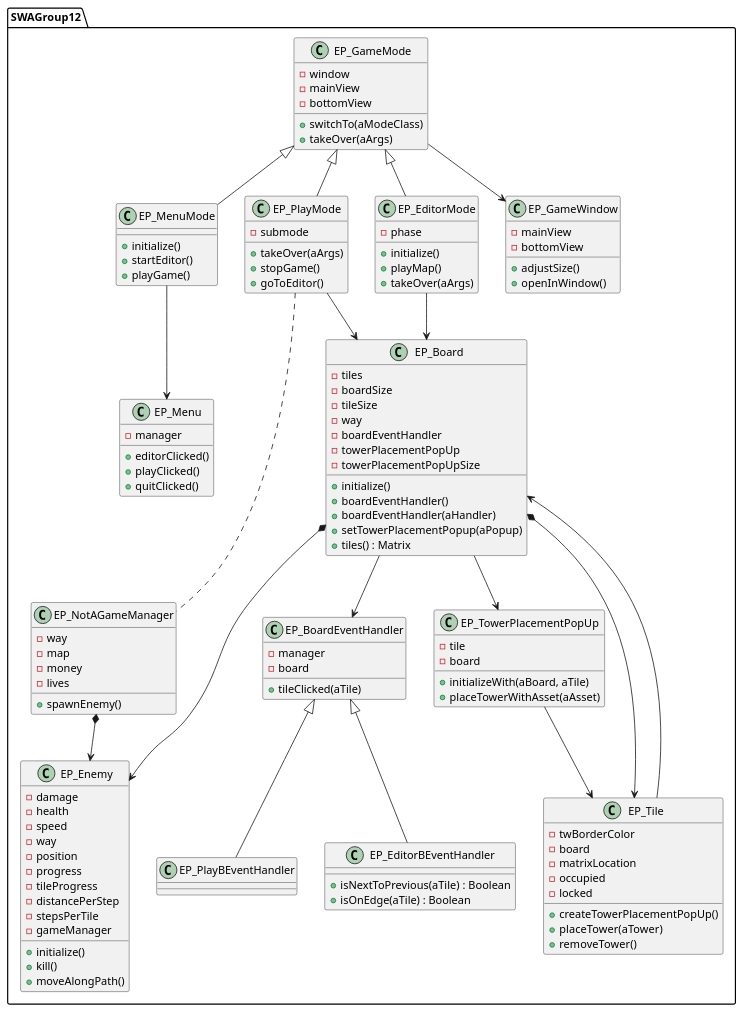
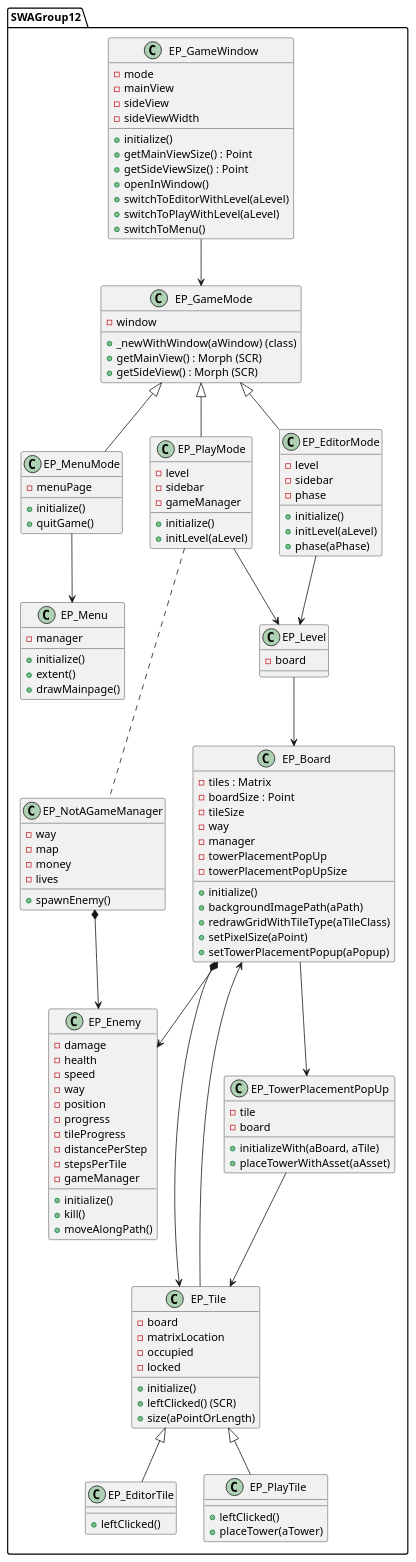
One commit to tobiashornbogen/swa_misc changed the diagram in diagram.puml. Above: the diagram before and after it, drawn with PlantUML.

Commit message:
Adjusted UML to simplified_architecture branch commit 5b62c94

```diff
--- a/diagram.puml
+++ b/diagram.puml
@@ -1,139 +1,146 @@
 @startuml
 
 package SWAGroup12 {
 
 
     class EP_Board {
-        -tiles
-        -boardSize
+        -tiles : Matrix
+        -boardSize : Point
         -tileSize
         -way
-        -boardEventHandler
+        -manager
         -towerPlacementPopUp
         -towerPlacementPopUpSize
         +initialize()
-        +boardEventHandler()
-        +boardEventHandler(aHandler)
+        +backgroundImagePath(aPath)
+        +redrawGridWithTileType(aTileClass)
+        +setPixelSize(aPoint)
         +setTowerPlacementPopup(aPopup)
-        +tiles() : Matrix
     }
 
     class EP_Tile {
-        -twBorderColor
         -board
         -matrixLocation
         -occupied
         -locked
-        +createTowerPlacementPopUp()
+        +initialize()
+        +leftClicked() (SCR)
+        +size(aPointOrLength)
+    }
+
+    class EP_EditorTile {
+        +leftClicked()
+    }
+    class EP_PlayTile {
+        +leftClicked()
         +placeTower(aTower)
-        +removeTower()
     }
 
     class EP_Enemy {
         -damage
         -health
         -speed
         -way
         -position
         -progress
         -tileProgress
         -distancePerStep
         -stepsPerTile
         -gameManager
         +initialize()
         +kill()
         +moveAlongPath()
     }
 
-    class EP_BoardEventHandler {
-        -manager
-        -board
-        +tileClicked(aTile)
-    }
-
-    class EP_EditorBEventHandler {
-        +isNextToPrevious(aTile) : Boolean
-        +isOnEdge(aTile) : Boolean
-    }
-
-    class EP_PlayBEventHandler {
-    }
-
     class EP_TowerPlacementPopUp {
         -tile
         -board
         +initializeWith(aBoard, aTile)
         +placeTowerWithAsset(aAsset)
     }
 
     class EP_GameMode {
         -window
+        +_newWithWindow(aWindow) (class)
+        +getMainView() : Morph (SCR)
+        +getSideView() : Morph (SCR)
+    }
+
+    class EP_MenuMode {
+        -menuPage
+        +initialize()
+        +quitGame()
+    }
+
+    class EP_PlayMode {
+        -level
+        -sidebar
+        -gameManager
+        +initialize()
+        +initLevel(aLevel)
+    }
+
+    class EP_EditorMode {
+        -level
+        -sidebar
+        -phase
+        +initialize()
+        +initLevel(aLevel)
+        +phase(aPhase)
+    }
+
+    class EP_GameWindow {
+        -mode
         -mainView
-        -bottomView
-        +switchTo(aModeClass)
-        +takeOver(aArgs)
+        -sideView
+        -sideViewWidth
+        +initialize()
+        +getMainViewSize() : Point
+        +getSideViewSize() : Point
+        +openInWindow()
+        +switchToEditorWithLevel(aLevel)
+        +switchToPlayWithLevel(aLevel)
+        +switchToMenu()
     }
 
     class EP_Menu {
         -manager
-        +editorClicked()
-        +playClicked()
-        +quitClicked()
-    }
-
-    class EP_MenuMode {
         +initialize()
-        +startEditor()
-        +playGame()
-    }
-
-    class EP_PlayMode {
-        -submode
-        +takeOver(aArgs)
-        +stopGame()
-        +goToEditor()
-    }
-
-    class EP_EditorMode {
-        -phase
-        +initialize()
-        +playMap()
-        +takeOver(aArgs)
-    }
-
-    class EP_GameWindow {
-        -mainView
-        -bottomView
-        +adjustSize()
-        +openInWindow()
+        +extent()
+        +drawMainpage()
     }
 
     class EP_NotAGameManager {
         -way
         -map
         -money
         -lives
         +spawnEnemy()
     }
 
+    class EP_Level {
+        -board
+    }
+
+    EP_GameWindow --> EP_GameMode
     EP_Board *--> EP_Tile
-    EP_Board --> EP_BoardEventHandler
-    EP_BoardEventHandler <|-- EP_EditorBEventHandler
-    EP_BoardEventHandler <|-- EP_PlayBEventHandler
     EP_Board *--> EP_Enemy
     EP_Board --> EP_TowerPlacementPopUp
     EP_GameMode <|-- EP_MenuMode
     EP_GameMode <|-- EP_EditorMode
     EP_GameMode <|-- EP_PlayMode
     EP_MenuMode --> EP_Menu
-    EP_GameMode --> EP_GameWindow
-    EP_PlayMode --> EP_Board
-    EP_EditorMode --> EP_Board
+    
+    EP_PlayMode --> EP_Level
+    EP_EditorMode --> EP_Level
+    EP_Level --> EP_Board
     EP_PlayMode ... EP_NotAGameManager
     EP_NotAGameManager *--> EP_Enemy
     EP_TowerPlacementPopUp --> EP_Tile
     EP_Tile --> EP_Board
+    EP_Tile <|-- EP_PlayTile
+    EP_Tile <|-- EP_EditorTile
 
 }
 
 @enduml
```
